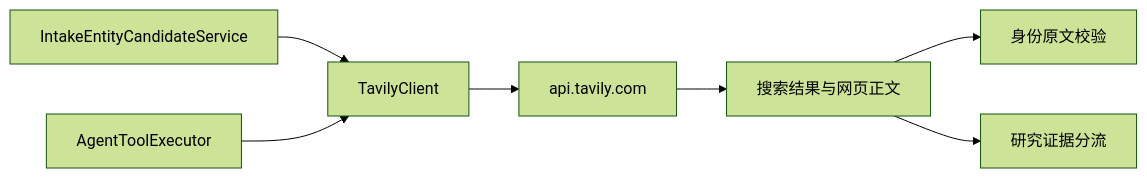
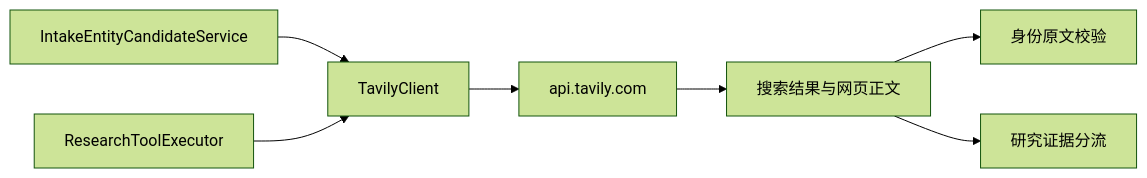
The tenth of 15 diagrams in README.md (41423577arc-lab/RA), drawn with Mermaid (forest theme) before and after one commit. The commit also changed other lines of this file and 73 other files, not shown here.

````diff
--- a/README.md
+++ b/README.md
@@ -250,9 +243,9 @@
 ```mermaid
 flowchart LR
     Intake["IntakeEntityCandidateService"] --> Client["TavilyClient"]
-    Research["AgentToolExecutor"] --> Client
+    Research["ResearchToolExecutor"] --> Client
     Client --> API["api.tavily.com"]
     API --> Results["搜索结果与网页正文"]
     Results --> Identity["身份原文校验"]
     Results --> Evidence["研究证据分流"]
 ```
````
